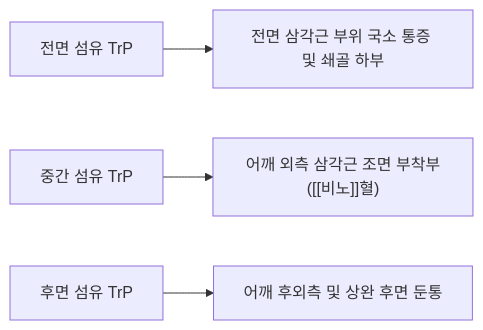
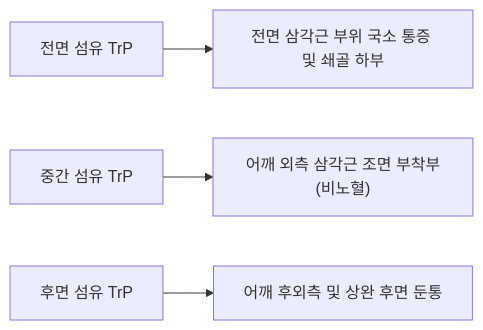
The second of 2 diagrams in content/1. 근골격계 공부/근육/(4) 어깨/삼각근.md (simbio11/simbio-digital-garden2), drawn with Mermaid before and after one commit. The commit also changed other lines of this file and 487 other files, not shown here.

````diff
--- a/content/1. 근골격계 공부/근육/(4) 어깨/삼각근.md
+++ b/content/1. 근골격계 공부/근육/(4) 어깨/삼각근.md
@@ -53,6 +60,6 @@
 ```mermaid
 flowchart LR
     TP_Ant["전면 섬유 TrP"] --> Zone_Ant["전면 삼각근 부위 국소 통증 및 쇄골 하부"]
-    TP_Mid["중간 섬유 TrP"] --> Zone_Mid["어깨 외측 삼각근 조면 부착부([[비노]]혈)"]
+    TP_Mid["중간 섬유 TrP"] --> Zone_Mid["어깨 외측 삼각근 조면 부착부(비노혈)"]
     TP_Post["후면 섬유 TrP"] --> Zone_Post["어깨 후외측 및 상완 후면 둔통"]
 ```
````
